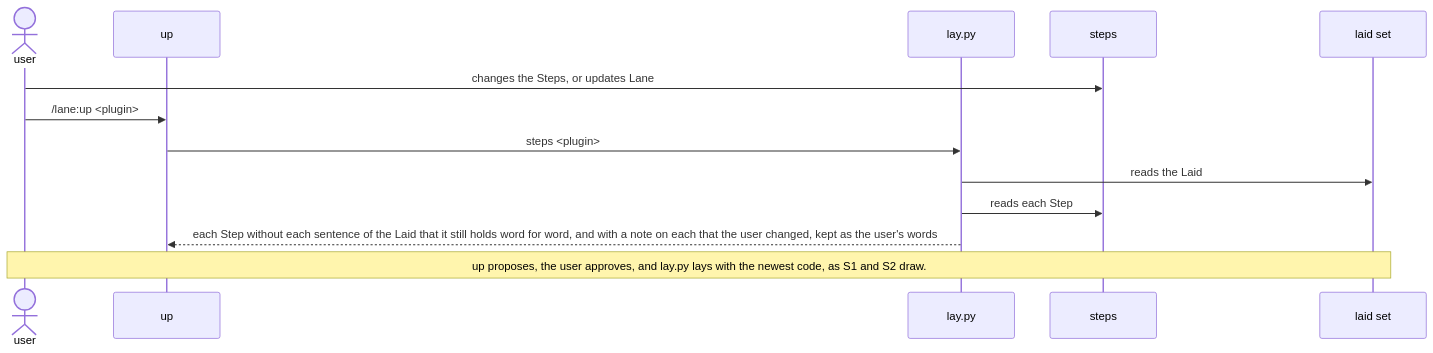
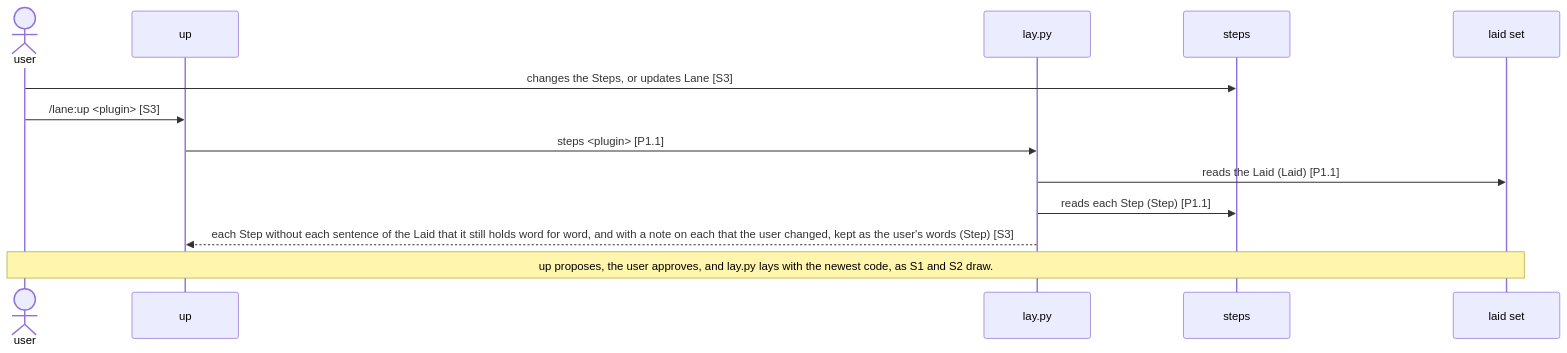
One commit to lovaizu/ccpm changed the third of 6 diagrams in dev/lane/architecture.md. Above: the diagram before and after it, drawn with Mermaid. The commit also changed other lines of this file, not shown here.

````diff
--- a/dev/lane/architecture.md
+++ b/dev/lane/architecture.md
@@ -268,15 +205,15 @@
 ```mermaid
 sequenceDiagram
   actor U as user
   participant UP as up
   participant L as lay.py
   participant ST as steps
   participant LS as laid set
-  U->>ST: changes the Steps, or updates Lane
-  U->>UP: /lane:up <plugin>
-  UP->>L: steps <plugin>
-  L->>LS: reads the Laid
-  L->>ST: reads each Step
-  L-->>UP: each Step without each sentence of the Laid that it still holds word for word, and with a note on each that the user changed, kept as the user's words
+  U->>ST: changes the Steps, or updates Lane [S3]
+  U->>UP: /lane:up <plugin> [S3]
+  UP->>L: steps <plugin> [P1.1]
+  L->>LS: reads the Laid (Laid) [P1.1]
+  L->>ST: reads each Step (Step) [P1.1]
+  L-->>UP: each Step without each sentence of the Laid that it still holds word for word, and with a note on each that the user changed, kept as the user's words (Step) [S3]
   Note over U,LS: up proposes, the user approves, and lay.py lays with the newest code, as S1 and S2 draw.
 ```
````
